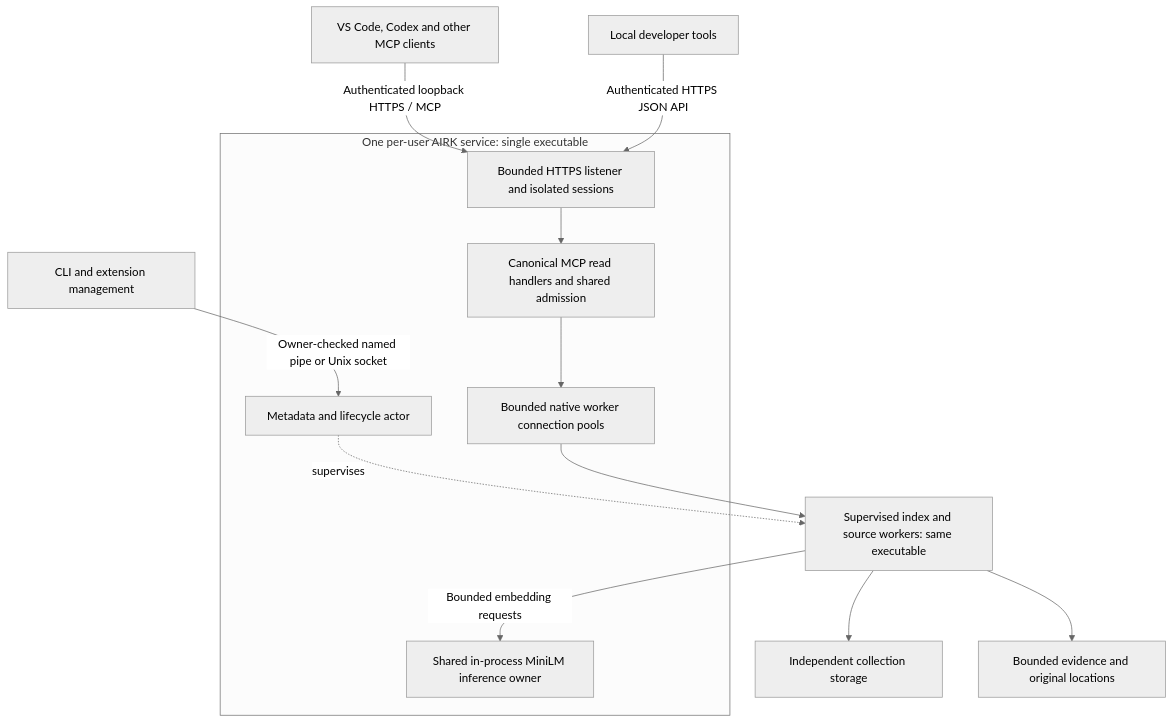
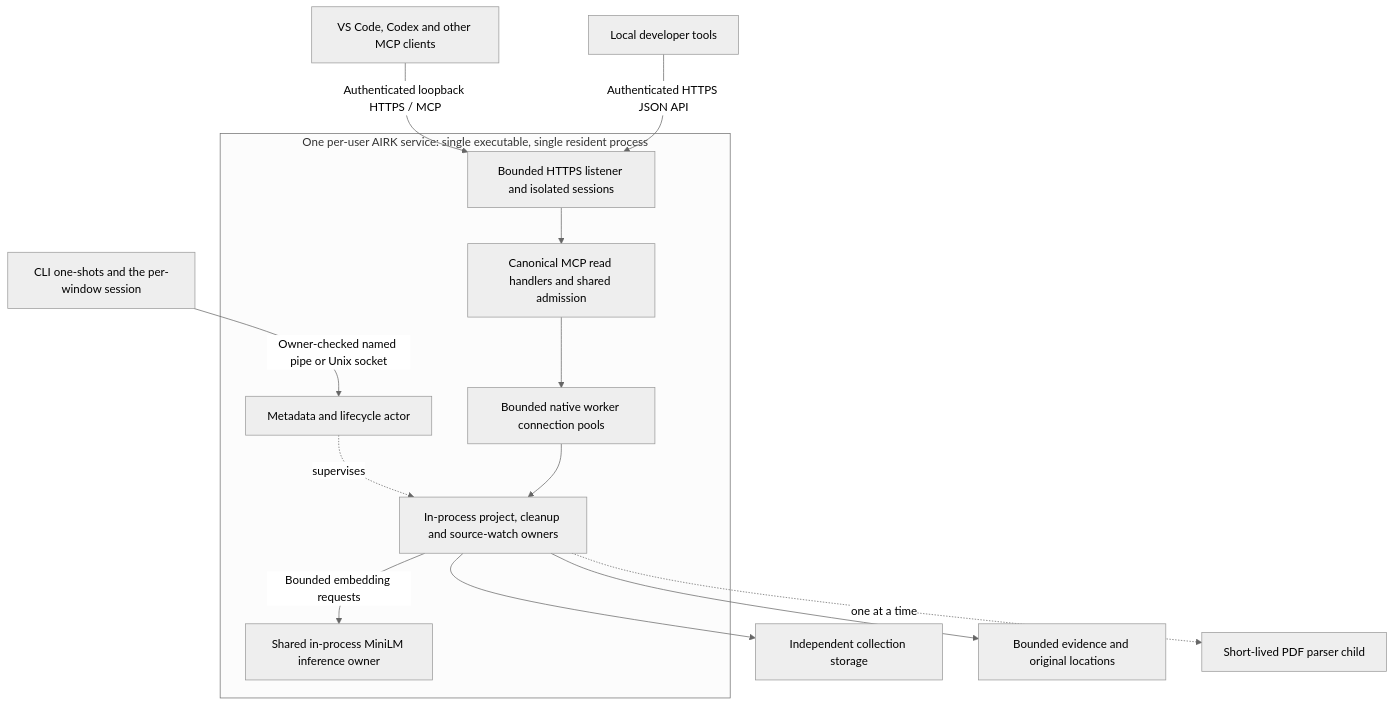
One commit to iokaio/airk changed the diagram in docs/architecture.md. Above: the diagram before and after it, drawn with Mermaid (neutral theme). The commit also changed other lines of this file and 166 other files, not shown here.

First line of the commit message:
Checkpoint installer and process work before architecture redesign

```diff
--- a/docs/architecture.md
+++ b/docs/architecture.md
@@ -63,18 +73,19 @@
 ~~~mermaid
 flowchart TD
     C[VS Code, Codex and other MCP clients] -->|Authenticated loopback HTTPS / MCP| H
     T[Local developer tools] -->|Authenticated HTTPS JSON API| H
-    X[CLI and extension management] -->|Owner-checked named pipe or Unix socket| M
-    subgraph S[One per-user AIRK service: single executable]
+    X[CLI one-shots and the per-window session] -->|Owner-checked named pipe or Unix socket| M
+    subgraph S[One per-user AIRK service: single executable, single resident process]
         H[Bounded HTTPS listener and isolated sessions]
         H --> A[Canonical MCP read handlers and shared admission]
         A --> P[Bounded native worker connection pools]
         M[Metadata and lifecycle actor]
         E[Shared in-process MiniLM inference owner]
+        M -. supervises .-> W
+        P --> W[In-process project, cleanup and source-watch owners]
+        W -->|Bounded embedding requests| E
     end
-    M -. supervises .-> W
-    P --> W[Supervised index and source workers: same executable]
-    W -->|Bounded embedding requests| E
     W --> D[Independent collection storage]
     W --> R[Bounded evidence and original locations]
+    W -. one at a time .-> F[Short-lived PDF parser child]
 ~~~
```
